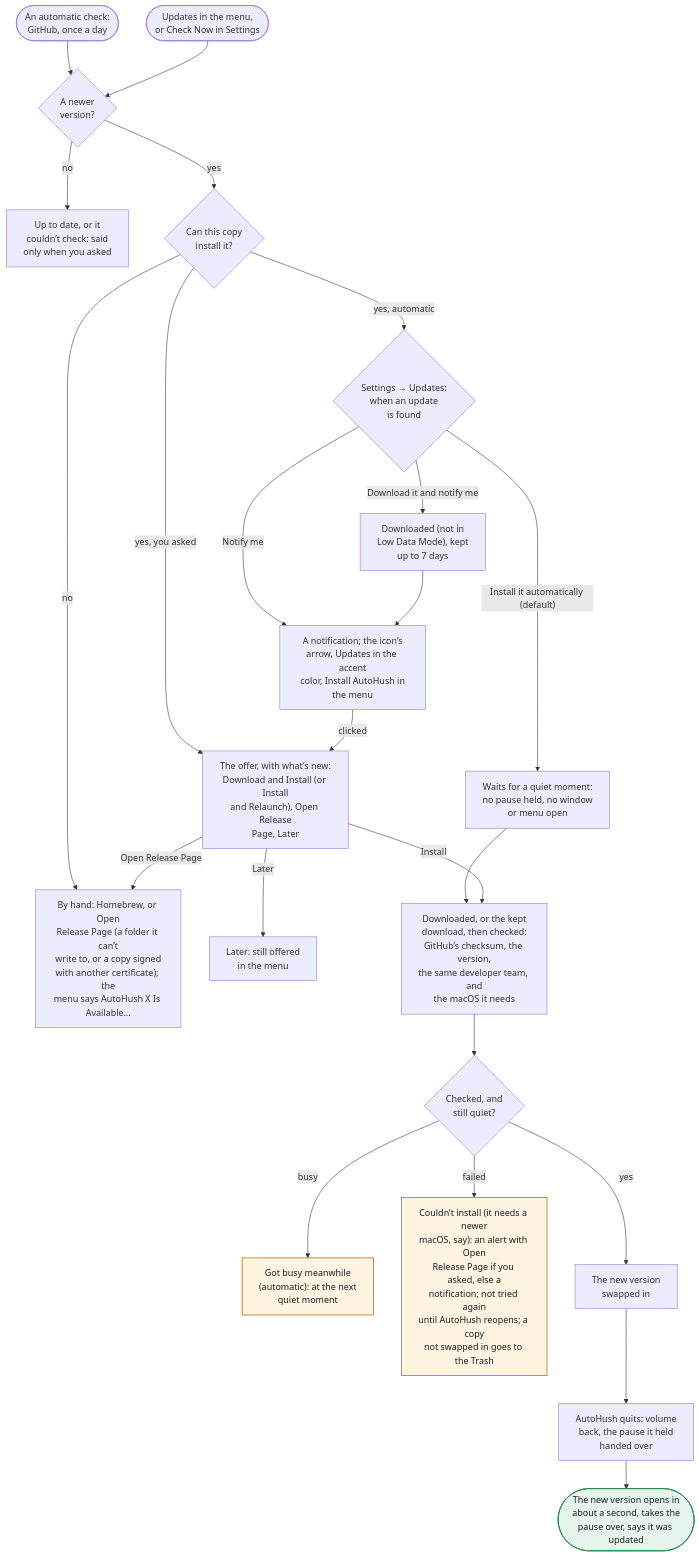
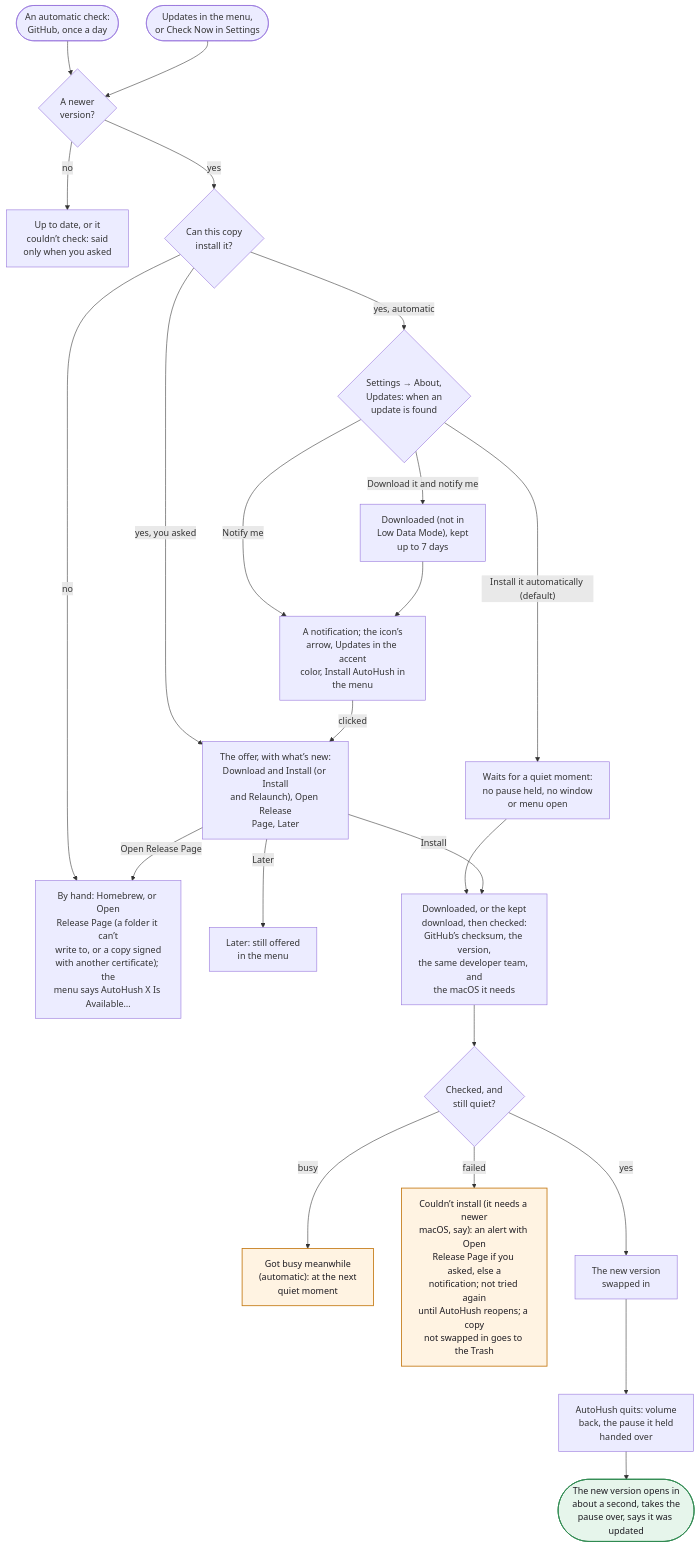
One commit to hfustercabre/AutoHush changed diagram 12 of 14 in WORKFLOWS.md. Above: the diagram before and after it, drawn with Mermaid. The commit also changed other lines of this file and 54 other files, not shown here.

````diff
--- a/WORKFLOWS.md
+++ b/WORKFLOWS.md
@@ -662,46 +662,46 @@
 ```mermaid
 flowchart TD
   AUTO(["An automatic check:<br/>GitHub, once a day"])
   ASK(["Updates in the menu,<br/>or Check Now in Settings"])
   NEW{"A newer<br/>version?"}
   UTD["Up to date, or it<br/>couldn’t check: said<br/>only when you asked"]
   CAN{"Can this copy<br/>install it?"}
   HAND["By hand: Homebrew, or Open<br/>Release Page (a folder it can’t<br/>write to, or a copy signed<br/>with another certificate); the<br/>menu says AutoHush X Is Available…"]
-  MODE{"Settings → Updates:<br/>when an update<br/>is found"}
+  MODE{"Settings → About,<br/>Updates: when an<br/>update is found"}
   NOT["A notification; the icon’s<br/>arrow, Updates in the accent<br/>color, Install AutoHush in<br/>the menu"]
   DL["Downloaded (not in<br/>Low Data Mode), kept<br/>up to 7 days"]
   AI["Waits for a quiet moment:<br/>no pause held, no window<br/>or menu open"]
   OFFER["The offer, with what’s new:<br/>Download and Install (or Install<br/>and Relaunch), Open Release<br/>Page, Later"]
   LATER["Later: still offered<br/>in the menu"]
   PREP["Downloaded, or the kept<br/>download, then checked:<br/>GitHub’s checksum, the version,<br/>the same developer team, and<br/>the macOS it needs"]
   OK{"Checked, and<br/>still quiet?"}
   BUSY["Got busy meanwhile<br/>(automatic): at the next<br/>quiet moment"]
   ERR["Couldn’t install (it needs a newer<br/>macOS, say): an alert with Open<br/>Release Page if you asked, else a<br/>notification; not tried again<br/>until AutoHush reopens; a copy<br/>not swapped in goes to the Trash"]
   SWAP["The new version<br/>swapped in"]
   QUIT["AutoHush quits: volume<br/>back, the pause it held<br/>handed over"]
   OPEN(["The new version opens in<br/>about a second, takes the<br/>pause over, says it was updated"])
 
   AUTO --> NEW
   ASK --> NEW
   NEW -->|"no"| UTD
   NEW -->|"yes"| CAN
   CAN -->|"no"| HAND
   CAN -->|"yes, you asked"| OFFER
   CAN -->|"yes, automatic"| MODE
   MODE -->|"Notify me"| NOT
   MODE -->|"Download it and notify me"| DL --> NOT
   MODE -->|"Install it automatically (default)"| AI --> PREP
   NOT -->|"clicked"| OFFER
   OFFER -->|"Install"| PREP
   OFFER -->|"Open Release Page"| HAND
   OFFER -->|"Later"| LATER
   PREP --> OK
   OK -->|"busy"| BUSY
   OK -->|"failed"| ERR
   OK -->|"yes"| SWAP --> QUIT --> OPEN
 
   class ERR,BUSY warn
   class OPEN done
   classDef warn fill:#fff3e2,stroke:#c47812,stroke-width:1.5px,color:#1d1b22
   classDef done fill:#e6f5eb,stroke:#2f8a50,stroke-width:1.5px,color:#1d1b22
 ```
````
